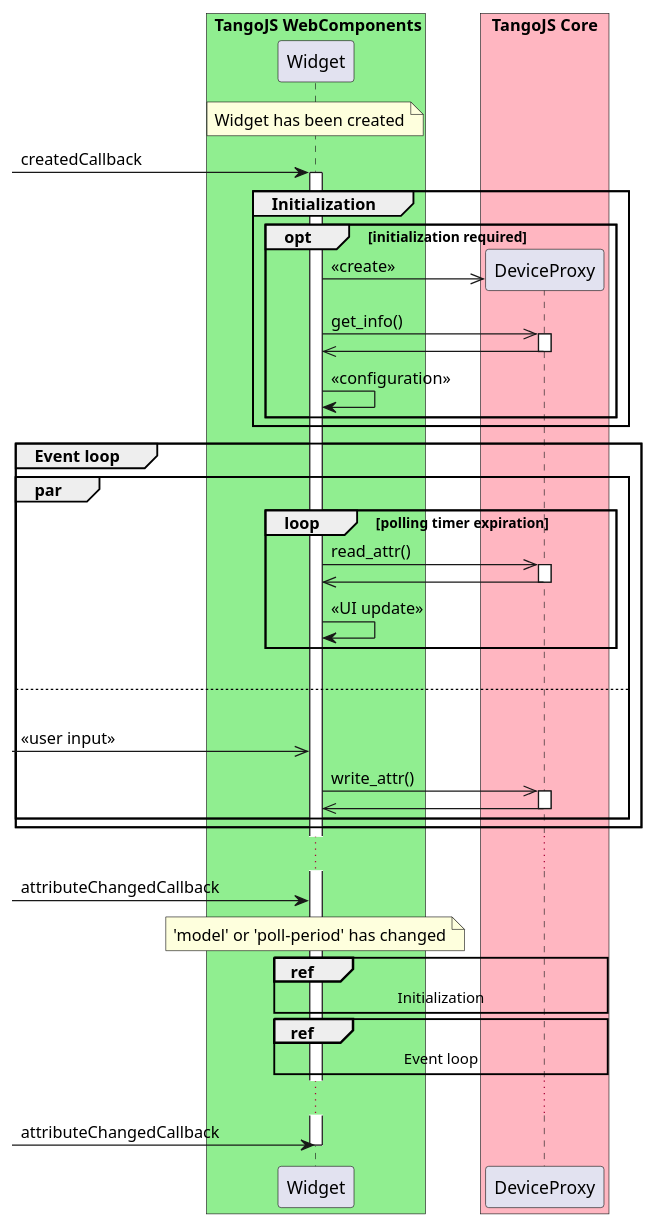
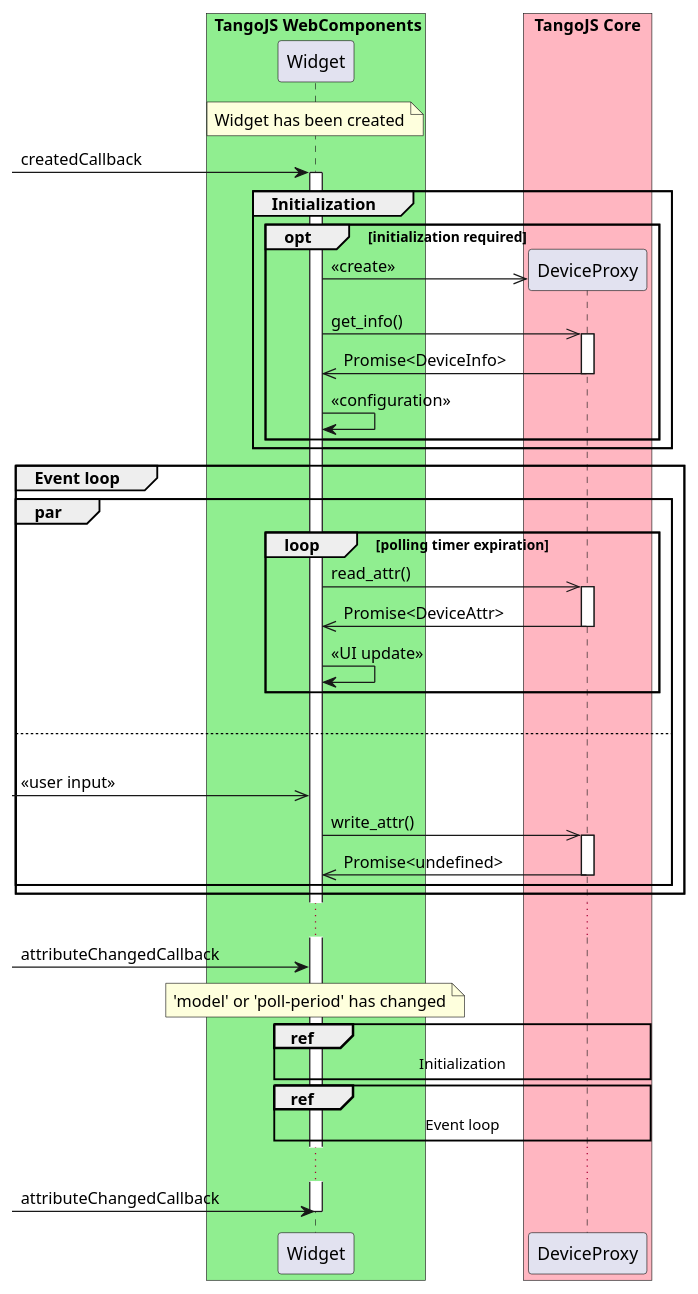
The diagram in thesis/figures/uml-source/03-tangojs-sequence-widget-lifecycle.pu (mliszcz/msc-thesis), drawn with PlantUML before and after one commit. The commit also changed 2 other files, not shown here.

```diff
--- a/thesis/figures/uml-source/03-tangojs-sequence-widget-lifecycle.pu
+++ b/thesis/figures/uml-source/03-tangojs-sequence-widget-lifecycle.pu
@@ -1,78 +1,78 @@
 @startuml
 
 participant Widget
 participant DeviceProxy
 
 box " TangoJS WebComponents" #LightGreen
   participant Widget
 end box
 
 box "TangoJS Core" #LightPink
   participant DeviceProxy
 end box
 
 note over Widget: Widget has been created
 
 [-> Widget: createdCallback
 activate Widget
 
 group Initialization
 opt initialization required
   create DeviceProxy
   Widget ->> DeviceProxy: << create >>
 
   Widget ->> DeviceProxy: get_info()
   activate DeviceProxy
 
-  DeviceProxy ->> Widget:
+  DeviceProxy ->> Widget: Promise<DeviceInfo>
   deactivate DeviceProxy
 
   Widget -> Widget: << configuration >>
 end
 end
 
 
 group Event loop
 par
 
   loop polling timer expiration
     Widget ->> DeviceProxy: read_attr()
     activate DeviceProxy
 
-    DeviceProxy ->> Widget:
+    DeviceProxy ->> Widget: Promise<DeviceAttr>
     deactivate DeviceProxy
 
     Widget -> Widget: << UI update >>
   end
 
   |||
 
 else
 
   |||
 
   [->>Widget: << user input >>
   Widget ->> DeviceProxy: write_attr()
   activate DeviceProxy
-  DeviceProxy ->> Widget:
+  DeviceProxy ->> Widget: Promise<undefined>
   deactivate DeviceProxy
 
 end
 end
 
 ...
 
 [-> Widget: attributeChangedCallback
 
 note over Widget: 'model' or 'poll-period' has changed
 
 ref over Widget, DeviceProxy: Initialization
 ref over Widget, DeviceProxy: Event loop
 
 ...
 
 [-> Widget: attributeChangedCallback
 
 deactivate Widget
 
 @enduml
```
